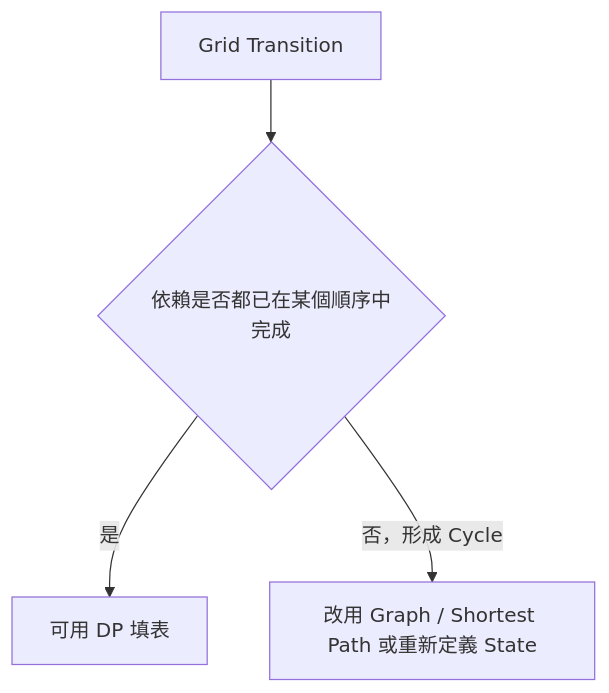
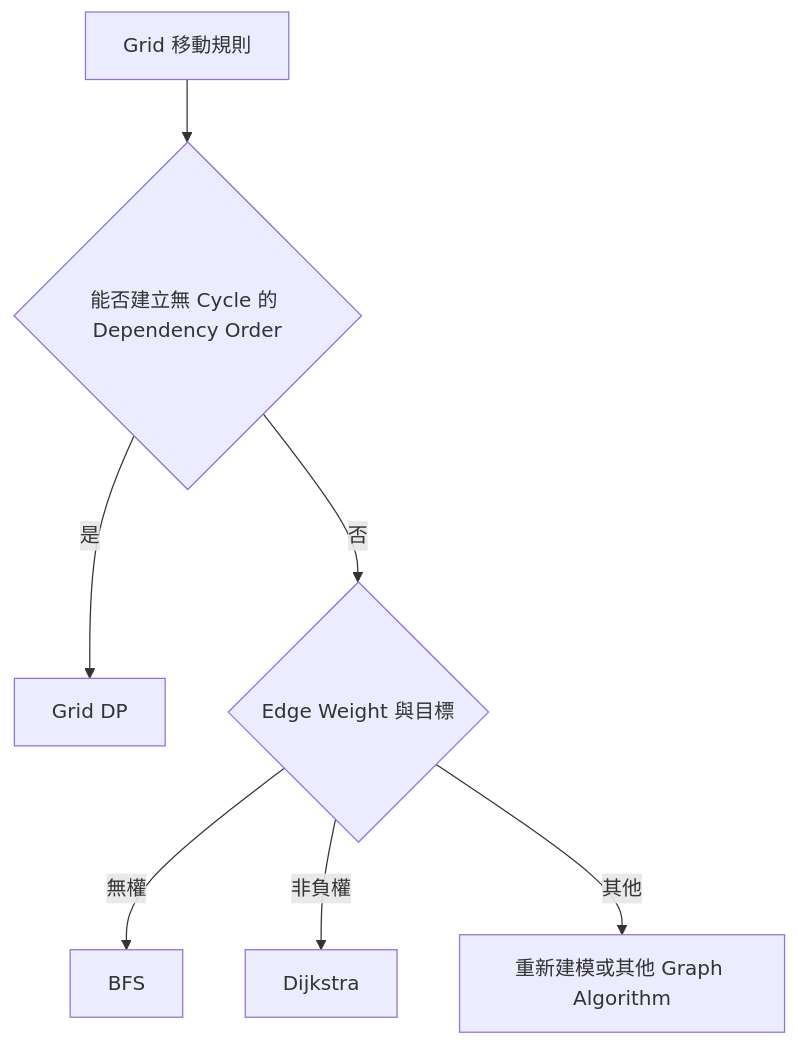
One commit to davidchen0970/algorithm_note changed the third of 4 diagrams in 09_dynamic_programming/39_grid_dp.md. Above: the diagram before and after it, drawn with Mermaid. The commit also changed other lines of this file and 2 other files, not shown here.

````diff
--- a/09_dynamic_programming/39_grid_dp.md
+++ b/09_dynamic_programming/39_grid_dp.md
@@ -694,6 +733,9 @@
 ```mermaid
 flowchart TD
-    A["Grid Transition"] --> B{"依賴是否都已在某個順序中完成"}
-    B -->|是| C["可用 DP 填表"]
-    B -->|否，形成 Cycle| D["改用 Graph / Shortest Path 或重新定義 State"]
+    A["Grid 移動規則"] --> B{"能否建立無 Cycle 的 Dependency Order"}
+    B -->|是| C["Grid DP"]
+    B -->|否| D{"Edge Weight 與目標"}
+    D -->|無權| E["BFS"]
+    D -->|非負權| F["Dijkstra"]
+    D -->|其他| G["重新建模或其他 Graph Algorithm"]
 ```
````
